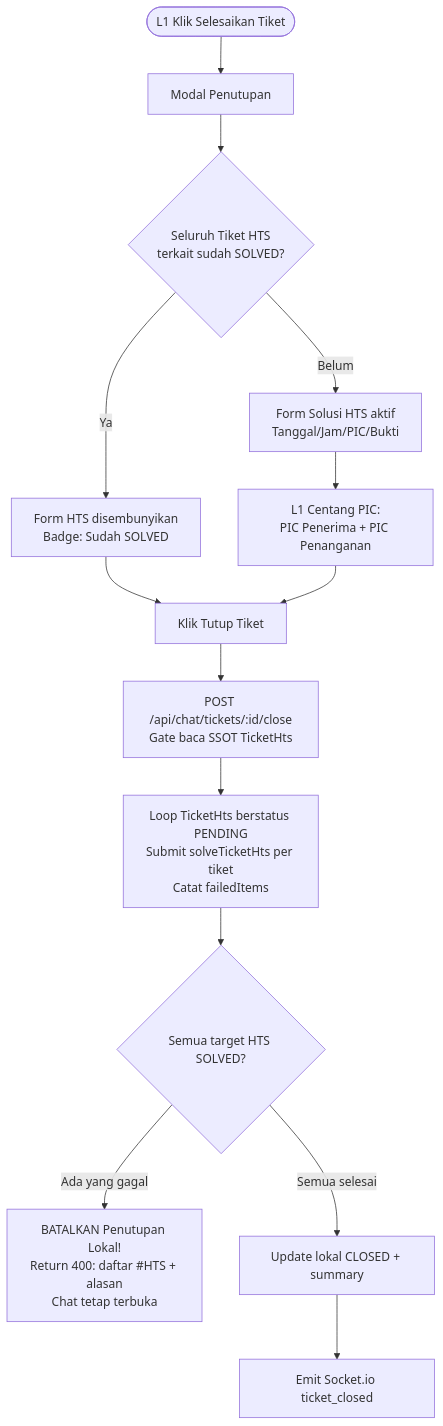
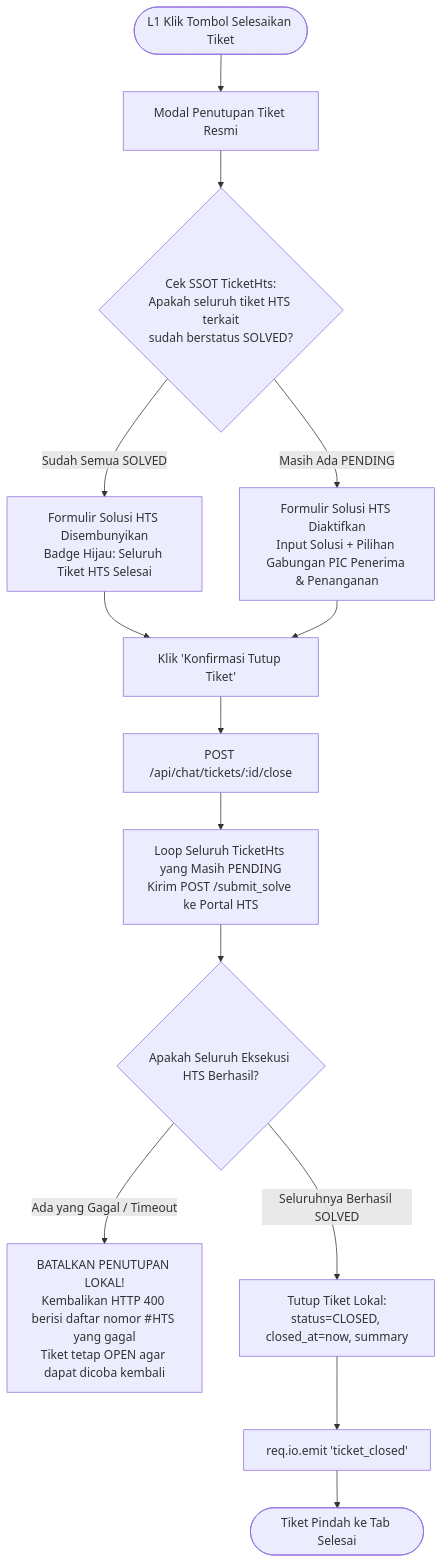
Before and after one commit to llaurensius/hts-chat-integration: the seventh of 7 diagrams in docs/Architecture.md, drawn with Mermaid. The commit also changed other lines of this file and 9 other files, not shown here.

````diff
--- a/docs/Architecture.md
+++ b/docs/Architecture.md
@@ -229,16 +244,22 @@
 ```mermaid
 flowchart TD
-    A([L1 Klik Selesaikan Tiket]) --> B[Modal Penutupan]
-    B --> C{Seluruh Tiket HTS<br/>terkait sudah SOLVED?}
-    C -- Ya --> D[Form HTS disembunyikan<br/>Badge: Sudah SOLVED]
-    C -- Belum --> E[Form Solusi HTS aktif<br/>Tanggal/Jam/PIC/Bukti]
-    E --> F[L1 Centang PIC:<br/>PIC Penerima + PIC Penanganan]
-    D --> G[Klik Tutup Tiket]
-    F --> G
-    G --> H[POST /api/chat/tickets/:id/close<br/>Gate baca SSOT TicketHts]
-    H --> I[Loop TicketHts berstatus PENDING<br/>Submit solveTicketHts per tiket<br/>Catat failedItems]
-    I --> J{Semua target HTS SOLVED?}
-    J -- Ada yang gagal --> K[BATALKAN Penutupan Lokal!<br/>Return 400: daftar #HTS + alasan<br/>Chat tetap terbuka]
-    J -- Semua selesai --> L[Update lokal CLOSED + summary]
-    L --> M[Emit Socket.io ticket_closed]
+    A([L1 Klik Tombol Selesaikan Tiket]) --> B[Modal Penutupan Tiket Resmi]
+    B --> C{Cek SSOT TicketHts:<br/>Apakah seluruh tiket HTS terkait<br/>sudah berstatus SOLVED?}
+    
+    C -- Sudah Semua SOLVED --> D[Formulir Solusi HTS Disembunyikan<br/>Badge Hijau: Seluruh Tiket HTS Selesai]
+    C -- Masih Ada PENDING --> E[Formulir Solusi HTS Diaktifkan<br/>Input Solusi + Pilihan Gabungan PIC Penerima & Penanganan]
+    
+    D --> F[Klik 'Konfirmasi Tutup Tiket']
+    E --> F
+    
+    F --> G[POST /api/chat/tickets/:id/close]
+    G --> H[Loop Seluruh TicketHts yang Masih PENDING<br/>Kirim POST /submit_solve ke Portal HTS]
+    
+    H --> I{Apakah Seluruh Eksekusi HTS Berhasil?}
+    
+    I -- Ada yang Gagal / Timeout --> J[BATALKAN PENUTUPAN LOKAL!<br/>Kembalikan HTTP 400 berisi daftar nomor #HTS yang gagal<br/>Tiket tetap OPEN agar dapat dicoba kembali]
+    I -- Seluruhnya Berhasil SOLVED --> K[Tutup Tiket Lokal:<br/>status=CLOSED, closed_at=now, summary]
+    
+    K --> L[req.io.emit 'ticket_closed']
+    L --> M([Tiket Pindah ke Tab Selesai])
 ```
````
